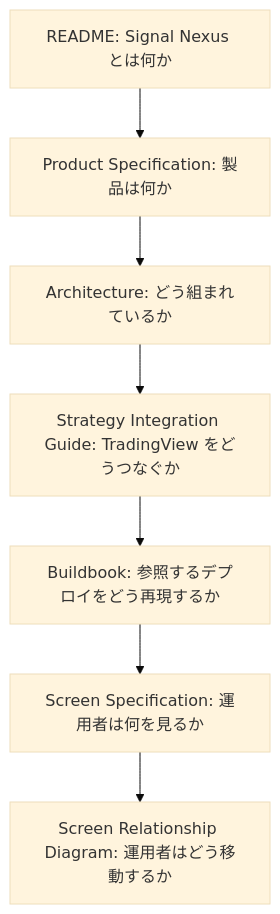
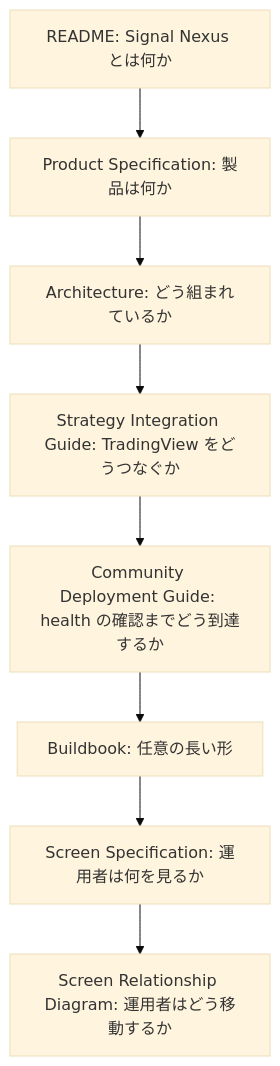
The second of 2 diagrams in docs/DOCUMENTATION_STRUCTURE_JA.md (SignalNexus/signal-nexus), drawn with Mermaid (base theme) before and after one commit. The commit also changed other lines of this file and 11 other files, not shown here.

````diff
--- a/docs/DOCUMENTATION_STRUCTURE_JA.md
+++ b/docs/DOCUMENTATION_STRUCTURE_JA.md
@@ -179,9 +162,10 @@
 ```mermaid
 graph TD
   README["README: Signal Nexus とは何か"] --> ProductSpecification["Product Specification: 製品は何か"]
   ProductSpecification --> Architecture["Architecture: どう組まれているか"]
   Architecture --> StrategyIntegrationGuide["Strategy Integration Guide: TradingView をどうつなぐか"]
-  StrategyIntegrationGuide --> Buildbook["Buildbook: 参照するデプロイをどう再現するか"]
+  StrategyIntegrationGuide --> CommunityDeploymentGuide["Community Deployment Guide: health の確認までどう到達するか"]
+  CommunityDeploymentGuide --> Buildbook["Buildbook: 任意の長い形"]
   Buildbook --> ScreenSpecification["Screen Specification: 運用者は何を見るか"]
   ScreenSpecification --> ScreenRelationshipDiagram["Screen Relationship Diagram: 運用者はどう移動するか"]
 ```
````
